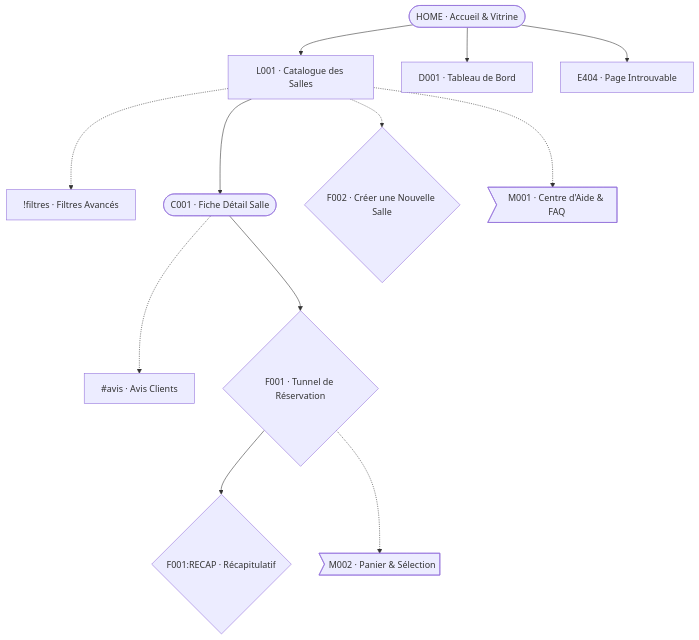
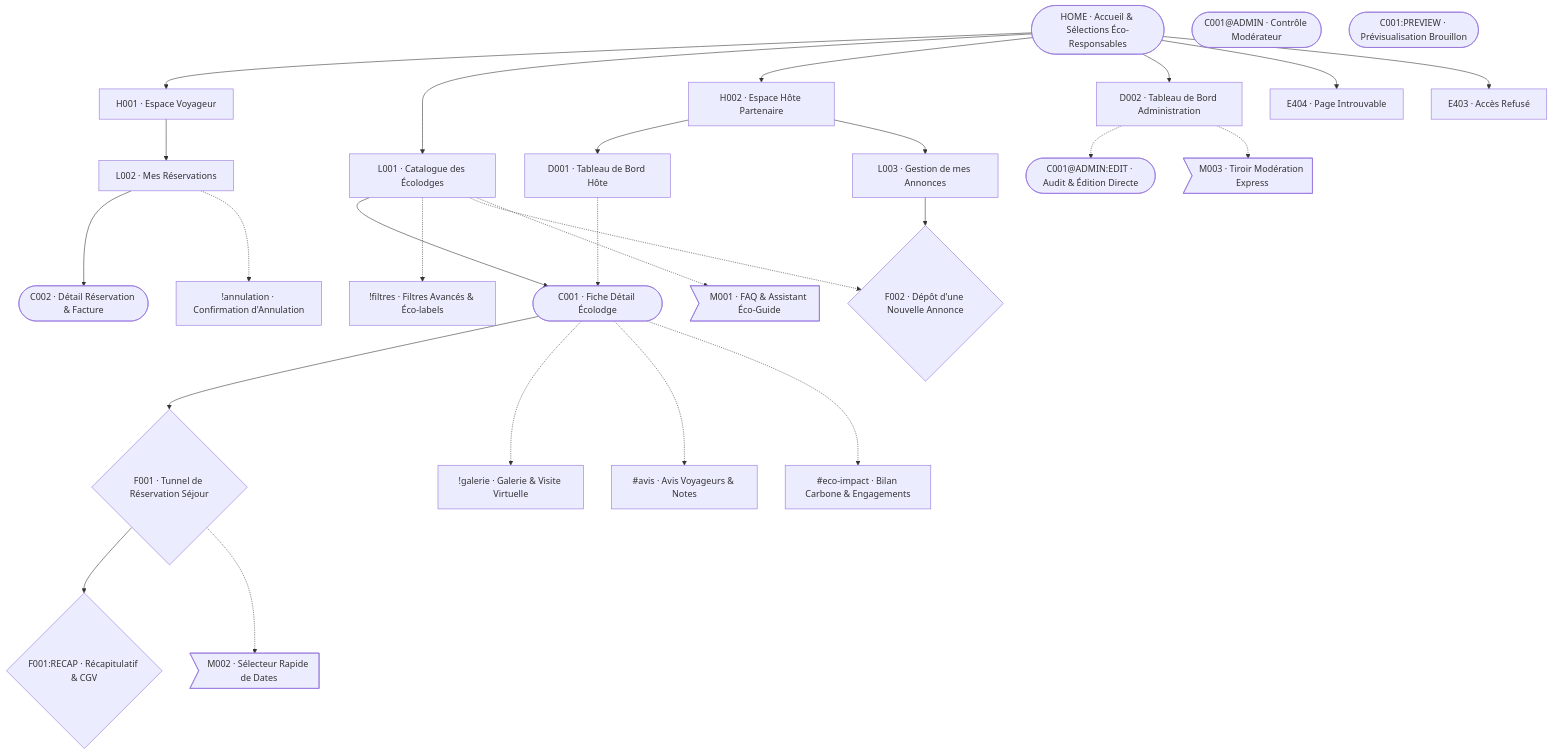
The diagram in examples/preview-showcase/sitemap-detailed.mmd (Pi0up/ai-skills), drawn with Mermaid before and after one commit. The commit also changed 40 other files, not shown here.

Commit message:
feat(dataset): add comprehensive ECO-STAYS test dataset covering all IA articulation cases

```diff
--- a/examples/preview-showcase/sitemap-detailed.mmd
+++ b/examples/preview-showcase/sitemap-detailed.mmd
@@ -1,53 +1,110 @@
-%%@file id=sitemap-detailed project=SALLES kind=sitemap view=detailed title="Arborescence Détaillée" version="1.1"
+%%@file id=sitemap-detailed project=ECO-STAYS kind=sitemap view=detailed title="Arborescence Détaillée Éco-Hébergements" version="1.3"
 %%@tag MVP color=blue style=fill label="MVP"
 %%@tag SP1 color=green style=outline label="Sprint 1"
 %%@tag SP2 color=orange style=outline label="Sprint 2"
-%%@tag VIP color=red style=outline label="VIP"
-%%@node HOME code=HOME type=HOME access=public roles=ANONYMOUS,CLIENT,ADMIN url=/ order=1 tags=MVP icon=entry
-%%@node L001 code=L001 type=L subtype=datagrid access=public roles=ANONYMOUS,CLIENT,ADMIN url=/rooms order=2 tags=MVP,SP1 icon=device
-%%@node L001_dlg_filtres code=L001!filtres type=DLG order=1
-%%@node C001 code=C001 type=C subtype=fiche access=public roles=ANONYMOUS,CLIENT,ADMIN url=/rooms/[id] dynamic=yes order=3 tags=MVP
-%%@node C001_anc_avis code=C001#avis type=ANC order=1
-%%@node F001 code=F001 type=F subtype=stepper access=protected roles=CLIENT,ADMIN url=/booking/[id] order=4 tags=MVP,SP2 who=CLIENT
-%%@node F001_recap code=F001:RECAP type=F subtype=recap access=protected roles=CLIENT,ADMIN url=/booking/[id]/recap order=5
-%%@node F002 code=F002 type=F subtype=formulaire access=protected roles=ADMIN url=/rooms/new tone=accent order=6 tags=SP2 who=ADMIN
-%%@node D001 code=D001 type=D subtype=dashboard access=protected roles=CLIENT,ADMIN url=/dashboard order=7 tags=SP1 who=CLIENT,ADMIN
-%%@node E404 code=E404 type=E subtype=erreur-404 access=public roles=ANONYMOUS,CLIENT,ADMIN url=/404 order=8
-%%@node M001 code=M001 type=MOD scope=ALL order=1
-%%@node M002 code=M002 type=MOD scope=AUTH order=2
+%%@tag ECO_LABEL color=green style=fill label="Éco-Label"
+%%@tag AUDIT color=red style=outline label="Audit & Contrôle"
+%%@node HOME code=HOME type=HOME access=public roles=ANONYMOUS,VOYAGEUR,HOTE,ADMIN url=/ order=1 tags=MVP icon=entry
+%%@node H001 code=H001 type=H subtype=hub access=protected roles=VOYAGEUR,ADMIN url=/account order=2 tags=SP1 who=VOYAGEUR
+%%@node L002 code=L002 type=L subtype=liste access=protected roles=VOYAGEUR,ADMIN url=/account/bookings order=1 tags=MVP who=VOYAGEUR
+%%@node L002_dlg_annulation code=L002!annulation type=DLG order=1
+%%@node C002 code=C002 type=C subtype=facture access=protected roles=VOYAGEUR,ADMIN url=/account/bookings/[id] order=1 tags=SP1 who=VOYAGEUR
+%%@node L001 code=L001 type=L subtype=datagrid access=public roles=ANONYMOUS,VOYAGEUR,ADMIN url=/stays order=3 tags=MVP icon=device
+%%@node L001_dlg_filtres code=L001!filtres type=DLG order=1 tags=ECO_LABEL
+%%@node C001 code=C001 type=C subtype=fiche access=public roles=ANONYMOUS,VOYAGEUR,ADMIN url=/stays/[id] dynamic=yes order=1 tags=MVP,ECO_LABEL
+%%@node C001_dlg_galerie code=C001!galerie type=DLG order=1
+%%@node C001_anc_avis code=C001#avis type=ANC order=2
+%%@node C001_anc_eco_impact code=C001#eco-impact type=ANC order=3 tags=ECO_LABEL
+%%@node C001_admin code=C001@ADMIN type=C subtype=moderation access=protected roles=ADMIN order=4 tags=AUDIT who=ADMIN
+%%@node C001_preview code=C001:PREVIEW type=C subtype=brouillon access=protected roles=HOTE,ADMIN order=5 who=HOTE
+%%@node C001_admin_edit code=C001@ADMIN:EDIT type=C subtype=audit-edition access=protected roles=ADMIN order=6 tags=AUDIT who=ADMIN
+%%@node F001 code=F001 type=F subtype=stepper access=protected roles=VOYAGEUR,ADMIN url=/stays/[id]/book order=1 tags=MVP who=VOYAGEUR
+%%@node F001_recap code=F001:RECAP type=F subtype=recap access=protected roles=VOYAGEUR,ADMIN url=/stays/[id]/book/recap order=2 tags=MVP who=VOYAGEUR
+%%@node H002 code=H002 type=H subtype=hub access=protected roles=HOTE,ADMIN url=/host order=4 tags=SP2 who=HOTE
+%%@node D001 code=D001 type=D subtype=dashboard access=protected roles=HOTE,ADMIN url=/host/dashboard order=1 tags=SP2 who=HOTE
+%%@node L003 code=L003 type=L subtype=datagrid access=protected roles=HOTE,ADMIN url=/host/properties order=2 tags=SP2 who=HOTE
+%%@node F002 code=F002 type=F subtype=formulaire access=protected roles=HOTE,ADMIN url=/host/properties/new tone=accent order=1 tags=SP2,ECO_LABEL who=HOTE
+%%@node D002 code=D002 type=D subtype=supervision access=protected roles=ADMIN url=/admin/dashboard order=5 tags=AUDIT who=ADMIN
+%%@node E404 code=E404 type=E subtype=erreur-404 access=public roles=ANONYMOUS,VOYAGEUR,HOTE,ADMIN url=/404 order=6
+%%@node E403 code=E403 type=E subtype=erreur-403 access=public roles=ANONYMOUS,VOYAGEUR,HOTE,ADMIN url=/403 order=7
+%%@node M001 code=M001 type=MOD scope=ALL order=1 tags=MVP
+%%@node M002 code=M002 type=MOD scope=AUTH order=2 tags=SP1
+%%@node M003 code=M003 type=MOD scope=@ADMIN order=3 tags=AUDIT who=ADMIN
+%%@edge HOME>H001 kind=navigation
+%%@edge H001>L002 kind=navigation
+%%@edge L002>C002 kind=navigation
+%%@edge L002>L002_dlg_annulation kind=attach ref=FEAT-ANNULER-RESA
 %%@edge HOME>L001 kind=navigation
-%%@edge HOME>D001 kind=navigation
+%%@edge L001>C001 kind=navigation
+%%@edge L001>L001_dlg_filtres kind=attach ref=FEAT-FILTRER
+%%@edge L001>F002 kind=action ref=FEAT-DEVENIR-HOTE
+%%@edge C001>F001 kind=navigation
+%%@edge C001>C001_dlg_galerie kind=attach ref=FEAT-OUVRIR-GALERIE
+%%@edge C001>C001_anc_avis kind=attach
+%%@edge C001>C001_anc_eco_impact kind=attach
+%%@edge F001>F001_recap kind=navigation
+%%@edge HOME>H002 kind=navigation
+%%@edge H002>D001 kind=navigation
+%%@edge H002>L003 kind=navigation
+%%@edge L003>F002 kind=navigation
+%%@edge D001>C001 kind=action ref=FEAT-GERER-ANNONCE
+%%@edge HOME>D002 kind=navigation
+%%@edge D002>C001_admin_edit kind=action ref=FEAT-MODERER-ANNONCE
 %%@edge HOME>E404 kind=navigation
-%%@edge L001>C001 kind=navigation
-%%@edge L001>L001_dlg_filtres kind=attach ref=FEAT-FILTRES
-%%@edge L001>F002 kind=action ref=FEAT-AJOUTER-SALLE
-%%@edge C001>F001 kind=navigation
-%%@edge C001>C001_anc_avis kind=attach
-%%@edge F001>F001_recap kind=navigation
+%%@edge HOME>E403 kind=navigation
 %%@edge L001>M001 kind=invoke
 %%@edge F001>M002 kind=invoke
+%%@edge D002>M003 kind=invoke
 flowchart TD
-  HOME(["HOME · Accueil & Vitrine"])
-  L001["L001 · Catalogue des Salles"]
-  L001_dlg_filtres["!filtres · Filtres Avancés"]
-  C001(["C001 · Fiche Détail Salle"])
-  C001_anc_avis["#avis · Avis Clients"]
-  F001{"F001 · Tunnel de Réservation"}
-  F001_recap{"F001:RECAP · Récapitulatif"}
-  F002{"F002 · Créer une Nouvelle Salle"}
-  D001["D001 · Tableau de Bord"]
+  HOME(["HOME · Accueil & Sélections Éco-Responsables"])
+  H001["H001 · Espace Voyageur"]
+  L002["L002 · Mes Réservations"]
+  L002_dlg_annulation["!annulation · Confirmation d'Annulation"]
+  C002(["C002 · Détail Réservation & Facture"])
+  L001["L001 · Catalogue des Écolodges"]
+  L001_dlg_filtres["!filtres · Filtres Avancés & Éco-labels"]
+  C001(["C001 · Fiche Détail Écolodge"])
+  C001_dlg_galerie["!galerie · Galerie & Visite Virtuelle"]
+  C001_anc_avis["#avis · Avis Voyageurs & Notes"]
+  C001_anc_eco_impact["#eco-impact · Bilan Carbone & Engagements"]
+  C001_admin(["C001@ADMIN · Contrôle Modérateur"])
+  C001_preview(["C001:PREVIEW · Prévisualisation Brouillon"])
+  C001_admin_edit(["C001@ADMIN:EDIT · Audit & Édition Directe"])
+  F001{"F001 · Tunnel de Réservation Séjour"}
+  F001_recap{"F001:RECAP · Récapitulatif & CGV"}
+  H002["H002 · Espace Hôte Partenaire"]
+  D001["D001 · Tableau de Bord Hôte"]
+  L003["L003 · Gestion de mes Annonces"]
+  F002{"F002 · Dépôt d'une Nouvelle Annonce"}
+  D002["D002 · Tableau de Bord Administration"]
   E404["E404 · Page Introuvable"]
-  M001>"M001 · Centre d'Aide & FAQ"]
-  M002>"M002 · Panier & Sélection"]
+  E403["E403 · Accès Refusé"]
+  M001>"M001 · FAQ & Assistant Éco-Guide"]
+  M002>"M002 · Sélecteur Rapide de Dates"]
+  M003>"M003 · Tiroir Modération Express"]
 
+  HOME --> H001
+  H001 --> L002
+  L002 --> C002
+  L002 -.-> L002_dlg_annulation
   HOME --> L001
-  HOME --> D001
-  HOME --> E404
   L001 --> C001
   L001 -.-> L001_dlg_filtres
   L001 -.-> F002
   C001 --> F001
+  C001 -.-> C001_dlg_galerie
   C001 -.-> C001_anc_avis
+  C001 -.-> C001_anc_eco_impact
   F001 --> F001_recap
+  HOME --> H002
+  H002 --> D001
+  H002 --> L003
+  L003 --> F002
+  D001 -.-> C001
+  HOME --> D002
+  D002 -.-> C001_admin_edit
+  HOME --> E404
+  HOME --> E403
   L001 -.-> M001
   F001 -.-> M002
+  D002 -.-> M003
```
